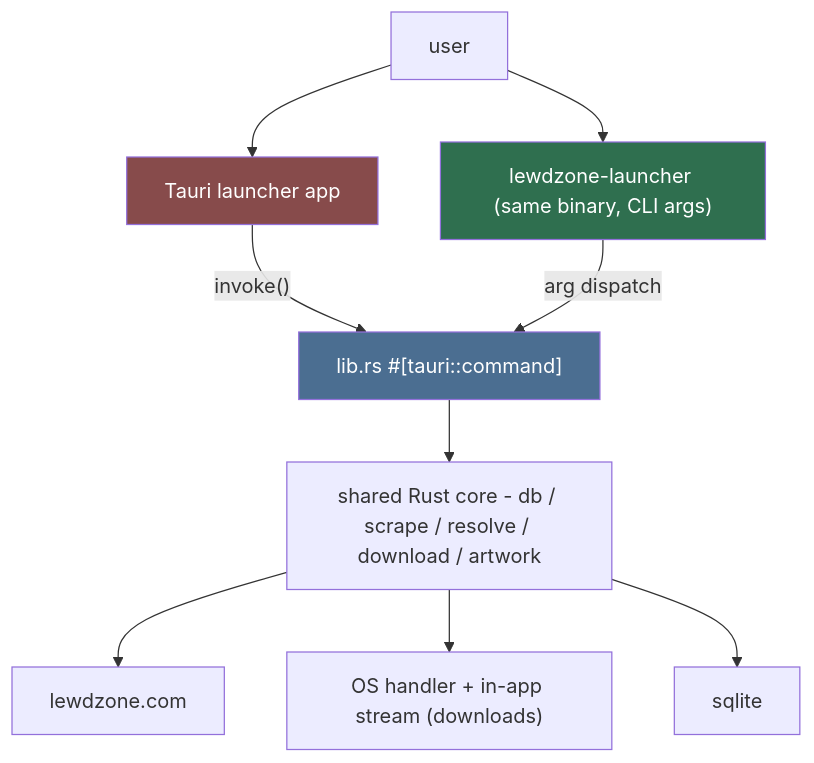
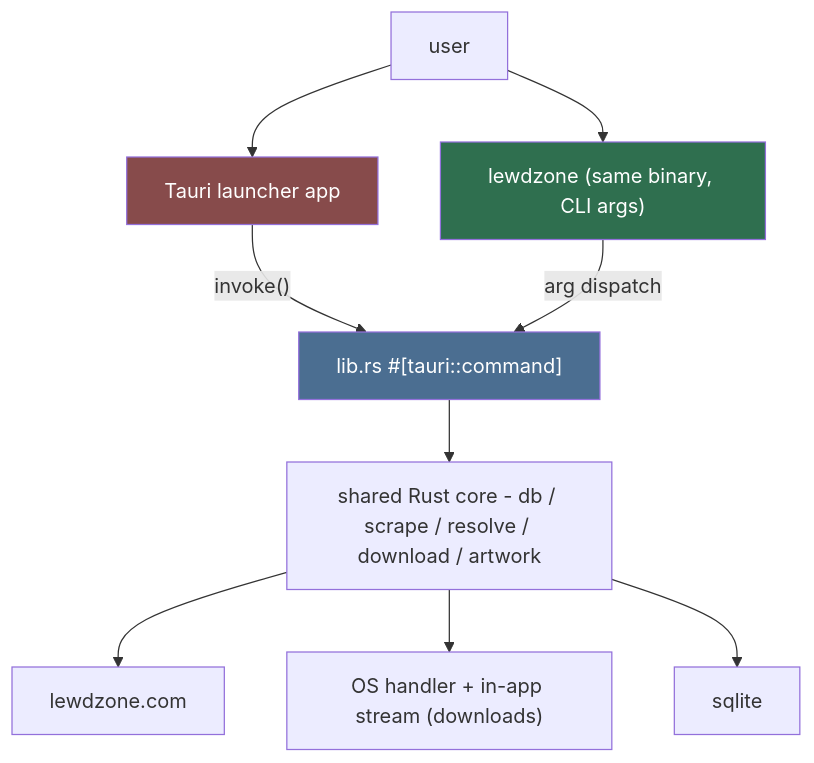
One commit to HELIX-Origin/LewdZone-Launcher changed the first of 2 diagrams in .agents/agents/cli/cli.md. Above: the diagram before and after it, drawn with Mermaid. The commit also changed other lines of this file and 35 other files, not shown here.

````diff
--- a/.agents/agents/cli/cli.md
+++ b/.agents/agents/cli/cli.md
@@ -31,15 +31,15 @@
 ```mermaid
 flowchart TD
     U[user] --> APP[Tauri launcher app]
-    U --> CLI["lewdzone-launcher (same binary, CLI args)"]
+    U --> CLI["lewdzone (same binary, CLI args)"]
     APP -->|"invoke()"| CMD["lib.rs #[tauri::command]"]
     CLI -->|"arg dispatch"| CMD
     CMD --> CORE["shared Rust core - db / scrape / resolve / download / artwork"]
     CORE --> SITE[lewdzone.com]
     CORE --> OS["OS handler + in-app stream (downloads)"]
     CORE --> SQL["sqlite"]
 
     style APP fill:#874b4b,color:#fff
     style CLI fill:#2f6f4f,color:#fff
     style CMD fill:#4b6e91,color:#fff
 ```
````
